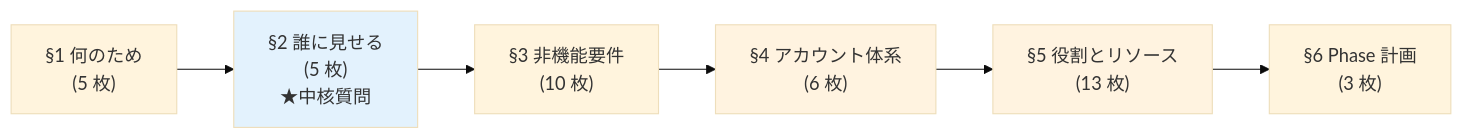
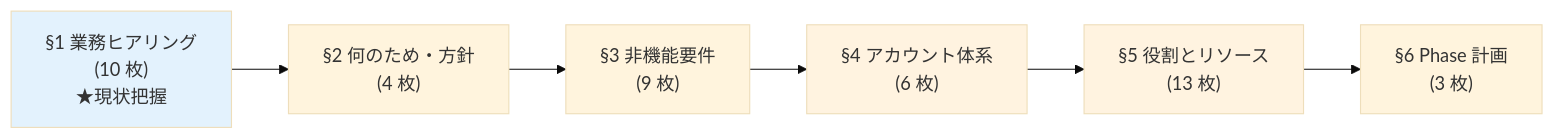
One commit to suepie/aws-atuh-poc changed the first of 3 diagrams in doc/data-platform/hearing-slide-deck.md. Above: the diagram before and after it, drawn with Mermaid (base theme). The commit also changed other lines of this file and 3 other files, not shown here.

````diff
--- a/doc/data-platform/hearing-slide-deck.md
+++ b/doc/data-platform/hearing-slide-deck.md
@@ -32,15 +34,15 @@
 ```mermaid
 flowchart LR
-    S1["§1 何のため<br/>(5 枚)"]
-    S2["§2 誰に見せる<br/>(5 枚)<br/>★中核質問"]
-    S3["§3 非機能要件<br/>(10 枚)"]
+    S1["§1 業務ヒアリング<br/>(10 枚)<br/>★現状把握"]
+    S2["§2 何のため・方針<br/>(4 枚)"]
+    S3["§3 非機能要件<br/>(9 枚)"]
     S4["§4 アカウント体系<br/>(6 枚)"]
     S5["§5 役割とリソース<br/>(13 枚)"]
     S6["§6 Phase 計画<br/>(3 枚)"]
 
     S1 --> S2 --> S3 --> S4 --> S5 --> S6
 
-    style S2 fill:#e3f2fd
+    style S1 fill:#e3f2fd
     style S4 fill:#fff3e0
     style S5 fill:#fff3e0
 ```
````
